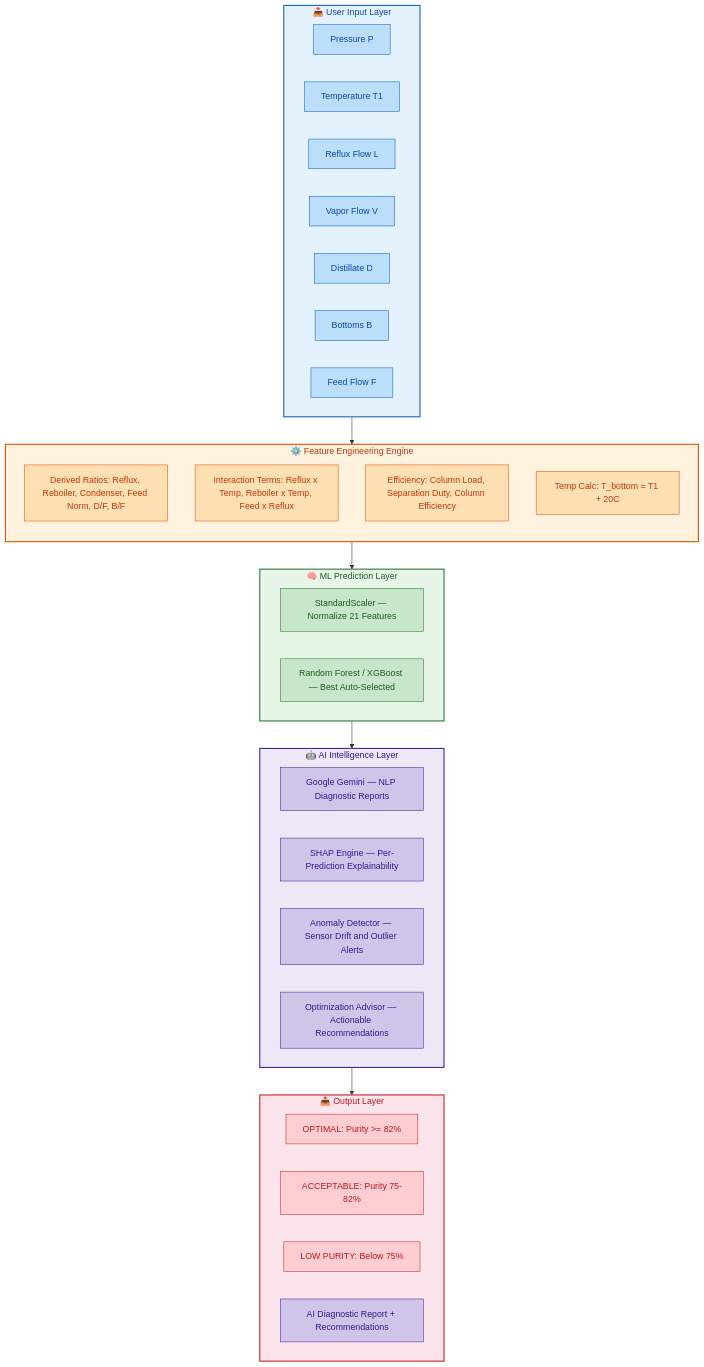
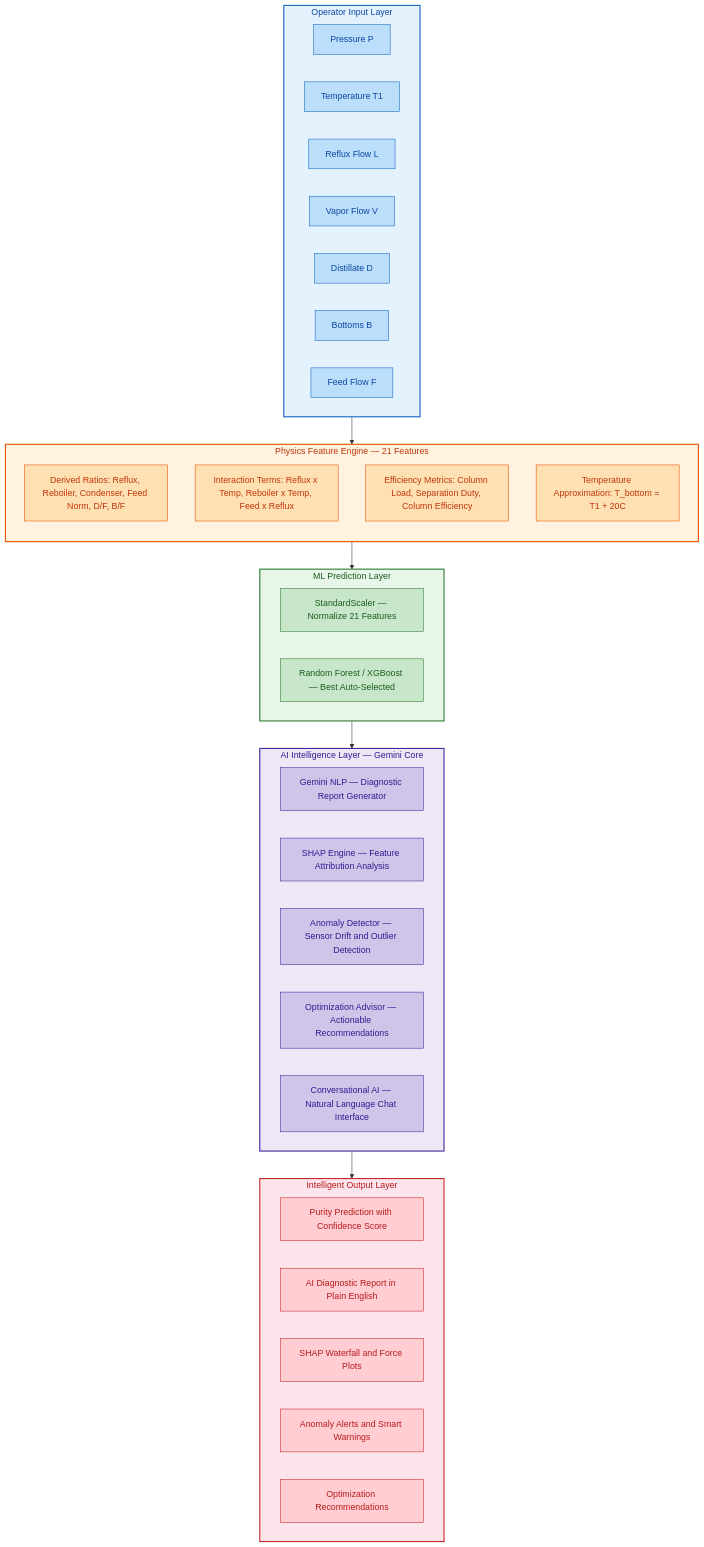
The first of 3 diagrams in README.md (KrishnaNsingh/Distillation-Column-Prediction), drawn with Mermaid before and after one commit. The commit also changed other lines of this file, not shown here.

Commit message:
refactor: overhaul README with updated project branding, expanded AI capabilities documentation, and restructured feature tables

````diff
--- a/README.md
+++ b/README.md
@@ -96,71 +110,75 @@
 ```mermaid
 graph TB
-    subgraph INPUT["📥 User Input Layer"]
+    subgraph INPUT["Operator Input Layer"]
         A["Pressure P"]
         B["Temperature T1"]
         C["Reflux Flow L"]
         D["Vapor Flow V"]
         E["Distillate D"]
         F["Bottoms B"]
         G["Feed Flow F"]
     end
 
-    subgraph ENGINE["⚙️ Feature Engineering Engine"]
+    subgraph ENGINE["Physics Feature Engine — 21 Features"]
         direction TB
         H["Derived Ratios: Reflux, Reboiler, Condenser, Feed Norm, D/F, B/F"]
         I["Interaction Terms: Reflux x Temp, Reboiler x Temp, Feed x Reflux"]
-        J["Efficiency: Column Load, Separation Duty, Column Efficiency"]
-        K["Temp Calc: T_bottom = T1 + 20C"]
+        J["Efficiency Metrics: Column Load, Separation Duty, Column Efficiency"]
+        K["Temperature Approximation: T_bottom = T1 + 20C"]
     end
 
-    subgraph MODEL["🧠 ML Prediction Layer"]
+    subgraph ML["ML Prediction Layer"]
         L["StandardScaler — Normalize 21 Features"]
         M["Random Forest / XGBoost — Best Auto-Selected"]
     end
 
-    subgraph AICORE["🤖 AI Intelligence Layer"]
-        Q["Google Gemini — NLP Diagnostic Reports"]
-        R["SHAP Engine — Per-Prediction Explainability"]
-        S["Anomaly Detector — Sensor Drift and Outlier Alerts"]
-        T["Optimization Advisor — Actionable Recommendations"]
+    subgraph AI["AI Intelligence Layer — Gemini Core"]
+        N["Gemini NLP — Diagnostic Report Generator"]
+        O["SHAP Engine — Feature Attribution Analysis"]
+        P["Anomaly Detector — Sensor Drift and Outlier Detection"]
+        Q["Optimization Advisor — Actionable Recommendations"]
+        R["Conversational AI — Natural Language Chat Interface"]
     end
 
-    subgraph OUTPUT["📤 Output Layer"]
-        N["OPTIMAL: Purity >= 82%"]
-        O["ACCEPTABLE: Purity 75-82%"]
-        P["LOW PURITY: Below 75%"]
-        U["AI Diagnostic Report + Recommendations"]
+    subgraph OUTPUT["Intelligent Output Layer"]
+        S["Purity Prediction with Confidence Score"]
+        T["AI Diagnostic Report in Plain English"]
+        U["SHAP Waterfall and Force Plots"]
+        V["Anomaly Alerts and Smart Warnings"]
+        W["Optimization Recommendations"]
     end
 
     INPUT --> ENGINE
-    ENGINE --> MODEL
-    MODEL --> AICORE
-    AICORE --> OUTPUT
+    ENGINE --> ML
+    ML --> AI
+    AI --> OUTPUT
 
     style INPUT fill:#E3F2FD,stroke:#1565C0,stroke-width:2px,color:#0D47A1
     style ENGINE fill:#FFF3E0,stroke:#E65100,stroke-width:2px,color:#BF360C
-    style MODEL fill:#E8F5E9,stroke:#2E7D32,stroke-width:2px,color:#1B5E20
+    style ML fill:#E8F5E9,stroke:#2E7D32,stroke-width:2px,color:#1B5E20
+    style AI fill:#EDE7F6,stroke:#4527A0,stroke-width:2px,color:#311B92
     style OUTPUT fill:#FCE4EC,stroke:#C62828,stroke-width:2px,color:#B71C1C
     style A fill:#BBDEFB,stroke:#1565C0,color:#0D47A1
     style B fill:#BBDEFB,stroke:#1565C0,color:#0D47A1
     style C fill:#BBDEFB,stroke:#1565C0,color:#0D47A1
     style D fill:#BBDEFB,stroke:#1565C0,color:#0D47A1
     style E fill:#BBDEFB,stroke:#1565C0,color:#0D47A1
     style F fill:#BBDEFB,stroke:#1565C0,color:#0D47A1
     style G fill:#BBDEFB,stroke:#1565C0,color:#0D47A1
     style H fill:#FFE0B2,stroke:#E65100,color:#BF360C
     style I fill:#FFE0B2,stroke:#E65100,color:#BF360C
     style J fill:#FFE0B2,stroke:#E65100,color:#BF360C
     style K fill:#FFE0B2,stroke:#E65100,color:#BF360C
     style L fill:#C8E6C9,stroke:#2E7D32,color:#1B5E20
     style M fill:#C8E6C9,stroke:#2E7D32,color:#1B5E20
-    style AICORE fill:#EDE7F6,stroke:#4527A0,stroke-width:2px,color:#311B92
+    style N fill:#D1C4E9,stroke:#4527A0,color:#311B92
+    style O fill:#D1C4E9,stroke:#4527A0,color:#311B92
+    style P fill:#D1C4E9,stroke:#4527A0,color:#311B92
     style Q fill:#D1C4E9,stroke:#4527A0,color:#311B92
     style R fill:#D1C4E9,stroke:#4527A0,color:#311B92
-    style S fill:#D1C4E9,stroke:#4527A0,color:#311B92
-    style T fill:#D1C4E9,stroke:#4527A0,color:#311B92
-    style N fill:#FFCDD2,stroke:#C62828,color:#B71C1C
-    style O fill:#FFCDD2,stroke:#C62828,color:#B71C1C
-    style P fill:#FFCDD2,stroke:#C62828,color:#B71C1C
-    style U fill:#D1C4E9,stroke:#4527A0,color:#311B92
+    style S fill:#FFCDD2,stroke:#C62828,color:#B71C1C
+    style T fill:#FFCDD2,stroke:#C62828,color:#B71C1C
+    style U fill:#FFCDD2,stroke:#C62828,color:#B71C1C
+    style V fill:#FFCDD2,stroke:#C62828,color:#B71C1C
+    style W fill:#FFCDD2,stroke:#C62828,color:#B71C1C
 ```
````
